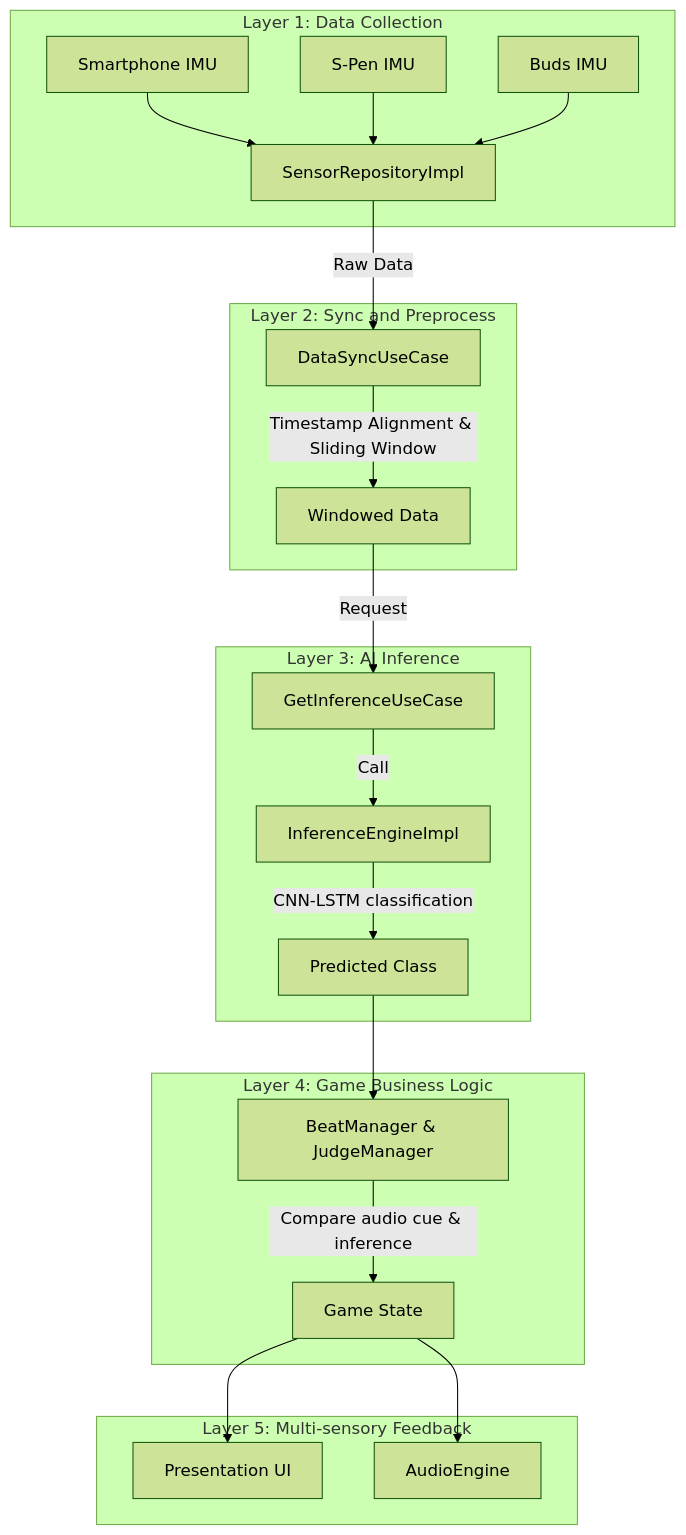
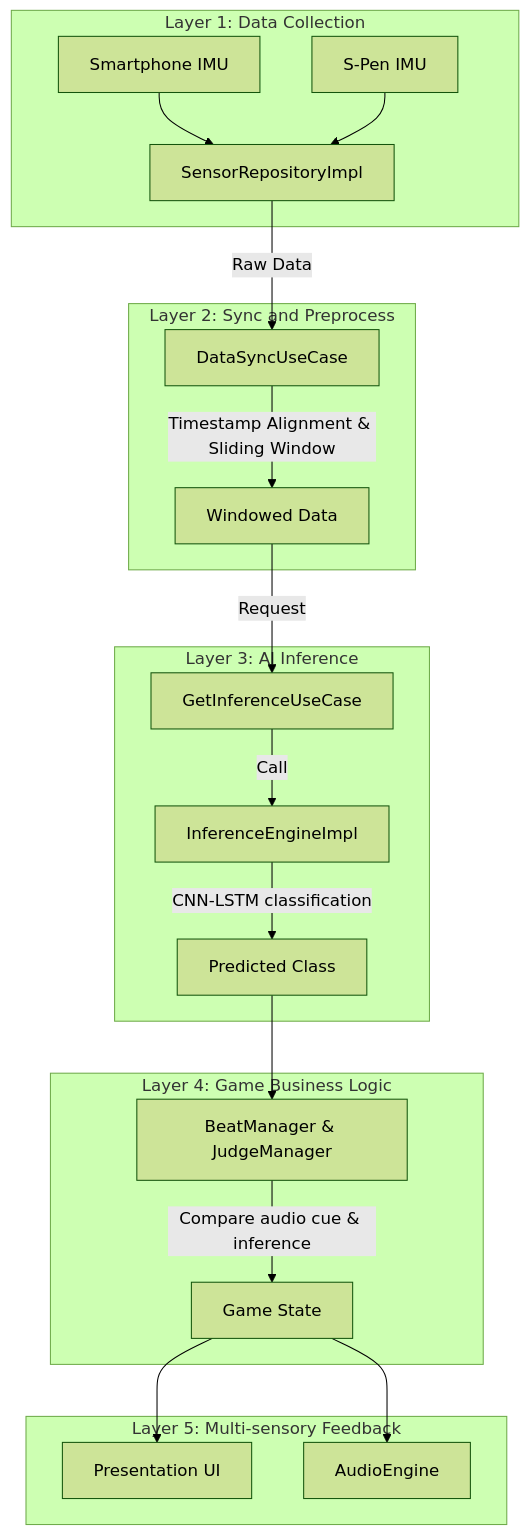
The first of 2 diagrams in docs/02_System_Architecture.md (spklapjs/Point-6), drawn with Mermaid (forest theme) before and after one commit. The commit also changed other lines of this file, not shown here.

````diff
--- a/docs/02_System_Architecture.md
+++ b/docs/02_System_Architecture.md
@@ -50,29 +50,28 @@
 ```mermaid
 graph TD
-    subgraph L1 [Layer 1: Data Collection]
-        A[Smartphone IMU] --> D[SensorRepositoryImpl]
-        B[S-Pen IMU] --> D
-        C[Buds IMU] --> D
-    end
+subgraph L1 [Layer 1: Data Collection]
+A[Smartphone IMU] --> C[SensorRepositoryImpl]
+B[S-Pen IMU] --> C
+end
 
-    subgraph L2 [Layer 2: Sync and Preprocess]
-        D -- Raw Data --> E[DataSyncUseCase]
-        E -- Timestamp Alignment & Sliding Window --> F[Windowed Data]
-    end
+subgraph L2 [Layer 2: Sync and Preprocess]
+C -- Raw Data --> D[DataSyncUseCase]
+D -- Timestamp Alignment & Sliding Window --> E[Windowed Data]
+end
 
-    subgraph L3 [Layer 3: AI Inference]
-        F -- Request --> G[GetInferenceUseCase]
-        G -- Call --> H[InferenceEngineImpl]
-        H -- CNN-LSTM classification --> I[Predicted Class]
-    end
+subgraph L3 [Layer 3: AI Inference]
+E -- Request --> F[GetInferenceUseCase]
+F -- Call --> G[InferenceEngineImpl]
+G -- CNN-LSTM classification --> H[Predicted Class]
+end
 
-    subgraph L4 [Layer 4: Game Business Logic]
-        I --> J[BeatManager & JudgeManager]
-        J -- Compare audio cue & inference --> K[Game State]
-    end
+subgraph L4 [Layer 4: Game Business Logic]
+H --> I[BeatManager & JudgeManager]
+I -- Compare audio cue & inference --> J[Game State]
+end
 
-    subgraph L5 [Layer 5: Multi-sensory Feedback]
-        K --> L[Presentation UI]
-        K --> M[AudioEngine]
-    end
+subgraph L5 [Layer 5: Multi-sensory Feedback]
+J --> K[Presentation UI]
+J --> L[AudioEngine]
+end
 ```
````
